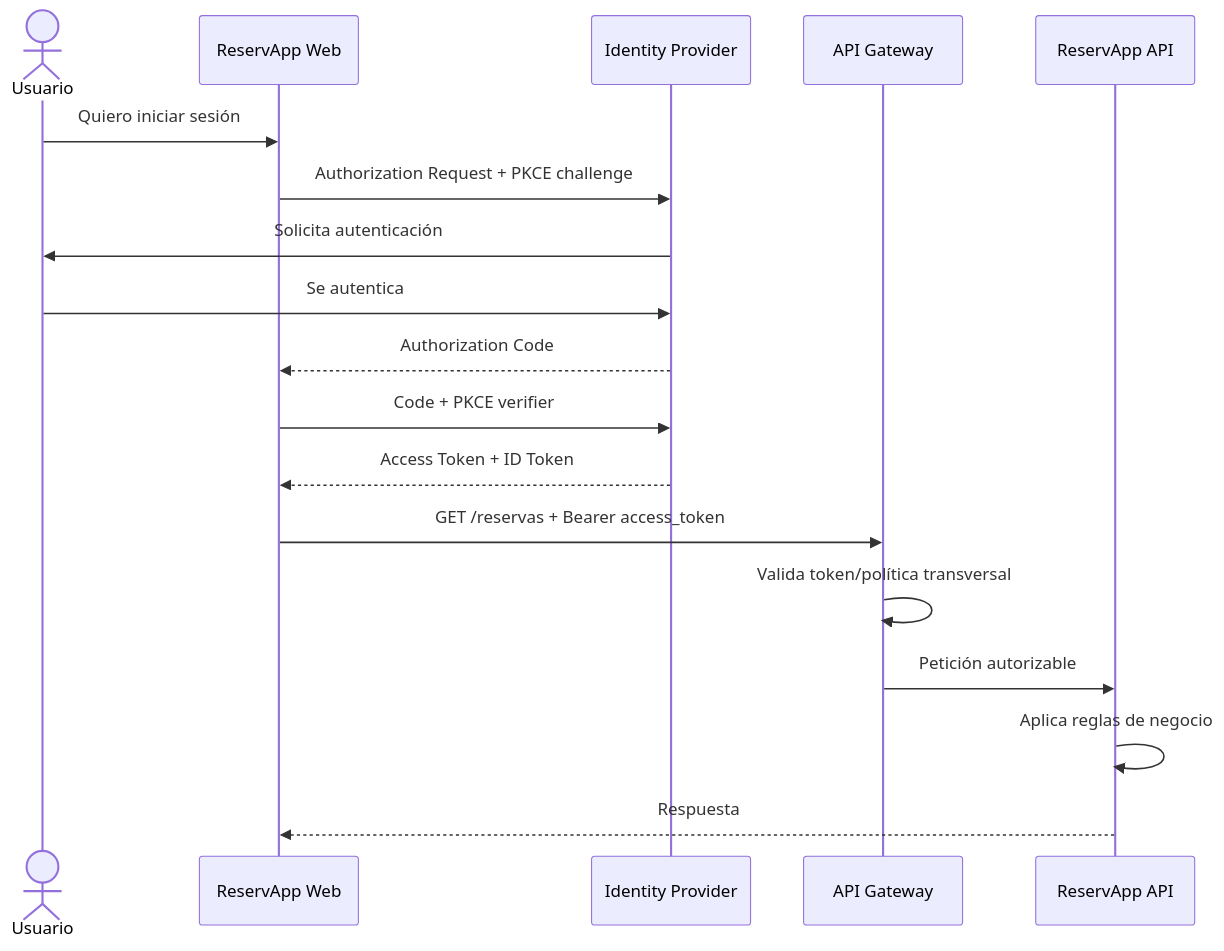
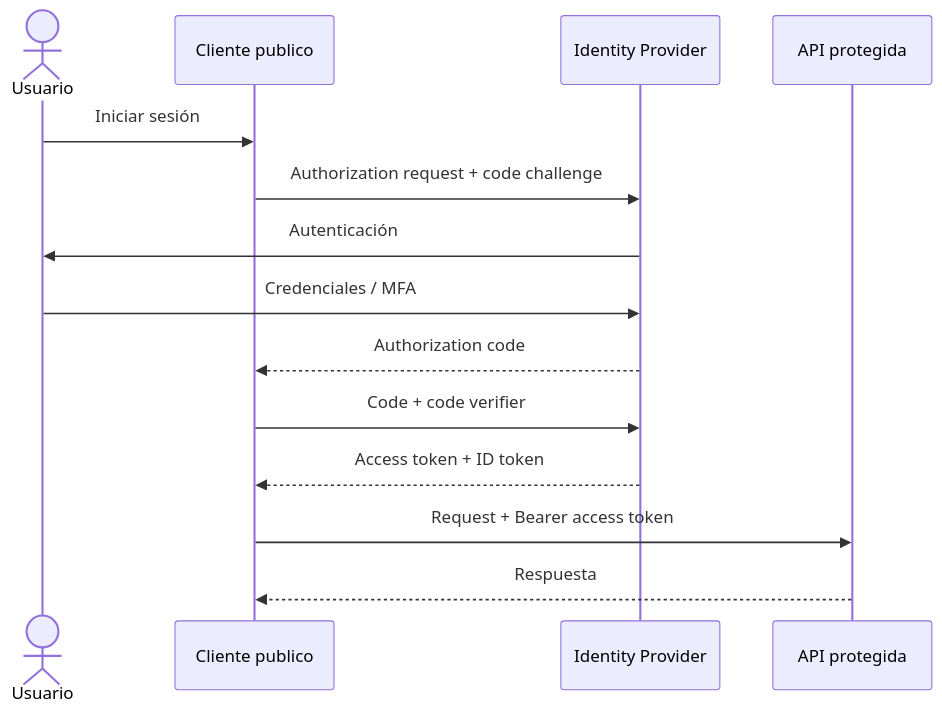
Before and after one commit to cmartinezs/DSY1107-DESARROLLO-CLOUD-NATIVE-I-2026-2: the seventh of 8 diagrams in semanas/semana-02/01-oauth2-oidc.md, drawn with Mermaid. The commit also changed other lines of this file, not shown here.

Commit message:
docs: fix OAuth/OIDC pedagogy and GitHub-safe Mermaid

````diff
--- a/semanas/semana-02/01-oauth2-oidc.md
+++ b/semanas/semana-02/01-oauth2-oidc.md
@@ -472,21 +190,17 @@
 ```mermaid
 sequenceDiagram
     actor U as Usuario
-    participant C as ReservApp Web
+    participant C as Cliente publico
     participant I as Identity Provider
-    participant G as API Gateway
-    participant A as ReservApp API
+    participant A as API protegida
 
-    U->>C: Quiero iniciar sesión
-    C->>I: Authorization Request + PKCE challenge
-    I->>U: Solicita autenticación
-    U->>I: Se autentica
-    I-->>C: Authorization Code
-    C->>I: Code + PKCE verifier
-    I-->>C: Access Token + ID Token
-    C->>G: GET /reservas + Bearer access_token
-    G->>G: Valida token/política transversal
-    G->>A: Petición autorizable
-    A->>A: Aplica reglas de negocio
+    U->>C: Iniciar sesión
+    C->>I: Authorization request + code challenge
+    I->>U: Autenticación
+    U->>I: Credenciales / MFA
+    I-->>C: Authorization code
+    C->>I: Code + code verifier
+    I-->>C: Access token + ID token
+    C->>A: Request + Bearer access token
     A-->>C: Respuesta
 ```
````
